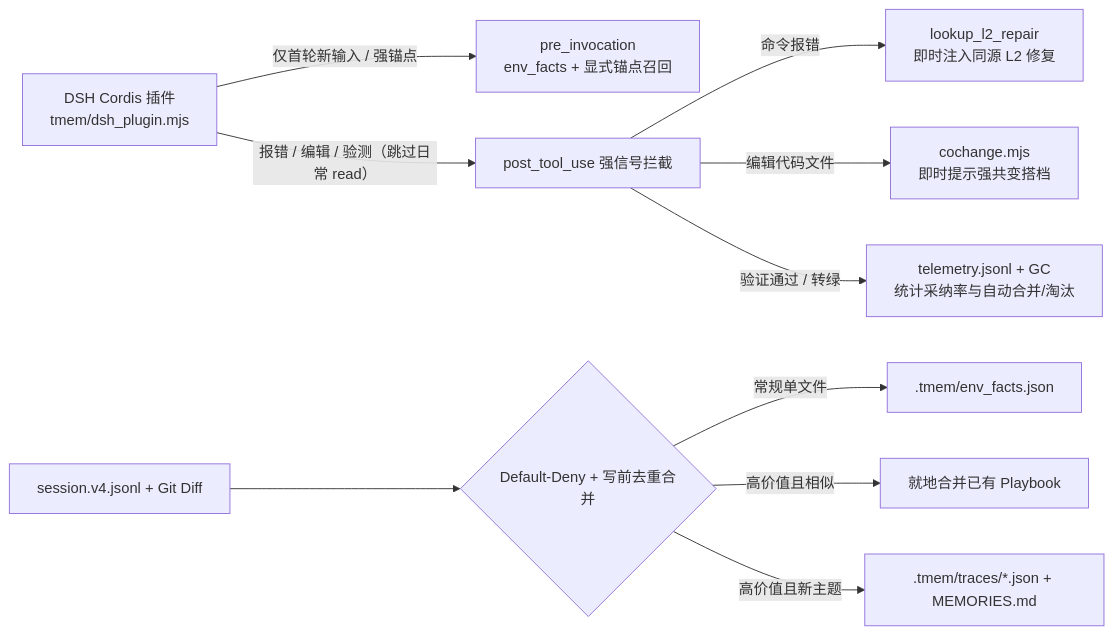
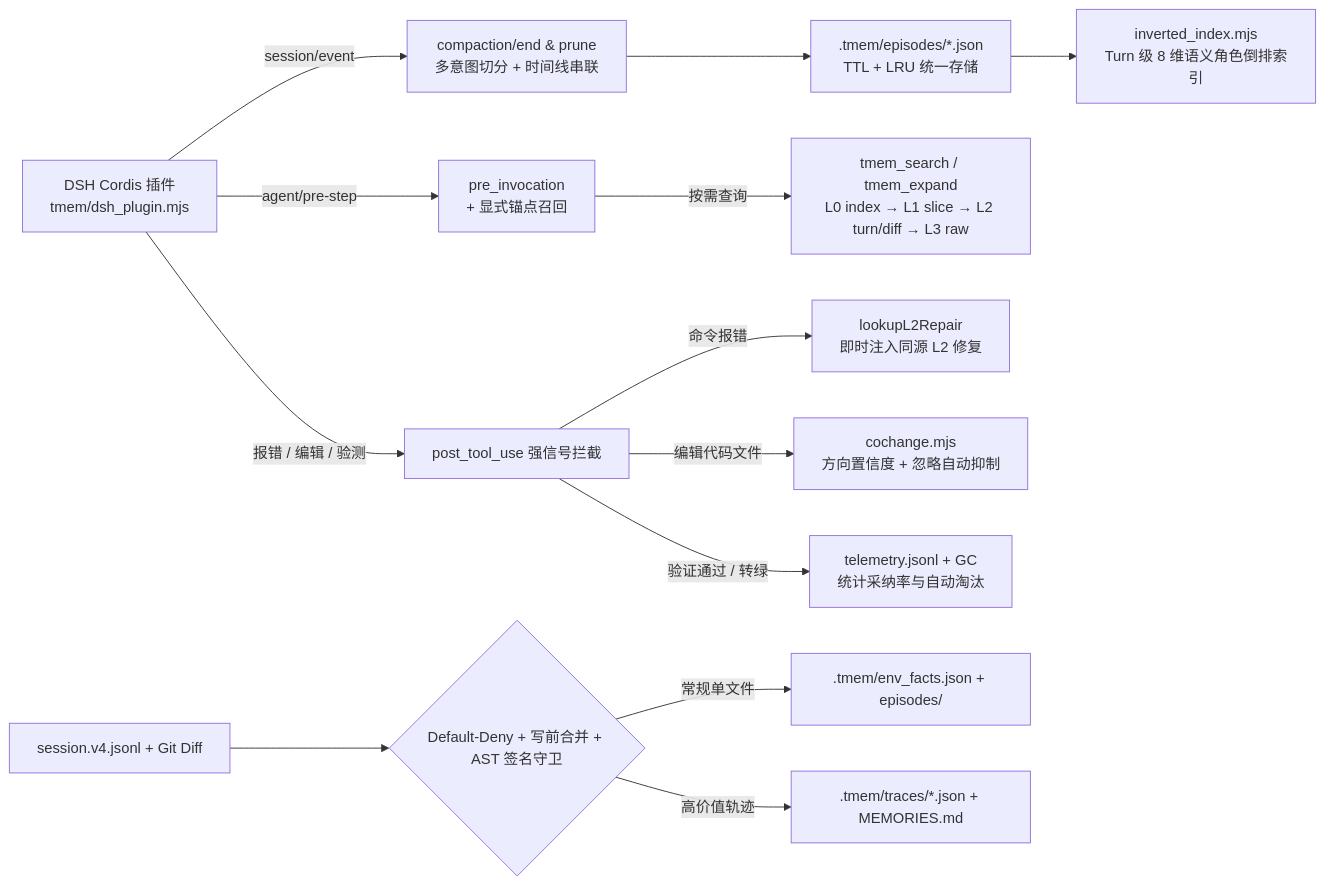
The diagram in README.md (kentzjh-cmd/tmem), drawn with Mermaid before and after one commit. The commit also changed other lines of this file and 1 other file, not shown here.

Commit message:
docs(readme): document v0.4.0 compaction episode slicing, inverted index, and progressive recall benchmark

````diff
--- a/README.md
+++ b/README.md
@@ -55,12 +66,15 @@
 ```mermaid
 flowchart LR
-    DSH["DSH Cordis 插件<br/>tmem/dsh_plugin.mjs"] -->|"仅首轮新输入 / 强锚点"| Pre["pre_invocation<br/>env_facts + 显式锚点召回"]
-    DSH -->|"报错 / 编辑 / 验测（跳过日常 read）"| Post["post_tool_use 强信号拦截"]
-    Post -->|"命令报错"| L2["lookup_l2_repair<br/>即时注入同源 L2 修复"]
-    Post -->|"编辑代码文件"| L1["cochange.mjs<br/>即时提示强共变搭档 <tmem_cochange_hint>"]
-    Post -->|"验证通过 / 转绿"| Tel["telemetry.jsonl + GC<br/>统计采纳率与自动合并/淘汰"]
-    Log["session.v4.jsonl + Git Diff"] --> Gate{"Default-Deny + 写前去重合并"}
-    Gate -->|"常规单文件"| Env[".tmem/env_facts.json"]
-    Gate -->|"高价值且相似"| Merge["就地合并已有 Playbook"]
-    Gate -->|"高价值且新主题"| Traces[".tmem/traces/*.json + MEMORIES.md"]
+    DSH["DSH Cordis 插件<br/>tmem/dsh_plugin.mjs"] -->|"session/event"| Cmp["compaction/end & prune<br/>多意图切分 + 时间线串联"]
+    Cmp --> Eps[".tmem/episodes/*.json<br/>TTL + LRU 统一存储"]
+    Eps --> Inv["inverted_index.mjs<br/>Turn 级 8 维语义角色倒排索引"]
+    DSH -->|"agent/pre-step"| Pre["pre_invocation<br/><tmem_compacted_index> + 显式锚点召回"]
+    Pre -->|"按需查询"| Tools["tmem_search / tmem_expand<br/>L0 index → L1 slice → L2 turn/diff → L3 raw"]
+    DSH -->|"报错 / 编辑 / 验测"| Post["post_tool_use 强信号拦截"]
+    Post -->|"命令报错"| L2["lookupL2Repair<br/>即时注入同源 L2 修复"]
+    Post -->|"编辑代码文件"| L1["cochange.mjs<br/>方向置信度 + 忽略自动抑制"]
+    Post -->|"验证通过 / 转绿"| Tel["telemetry.jsonl + GC<br/>统计采纳率与自动淘汰"]
+    Log["session.v4.jsonl + Git Diff"] --> Gate{"Default-Deny + 写前合并 + AST 签名守卫"}
+    Gate -->|"常规单文件"| Env[".tmem/env_facts.json + episodes/"]
+    Gate -->|"高价值轨迹"| Traces[".tmem/traces/*.json + MEMORIES.md"]
 ```
````
